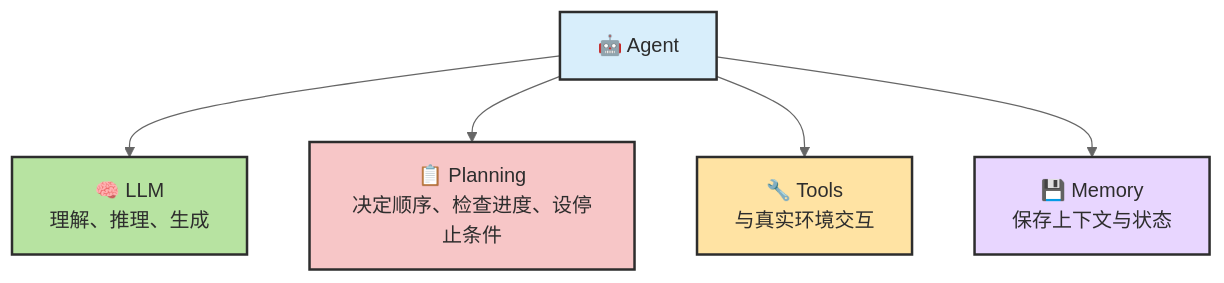
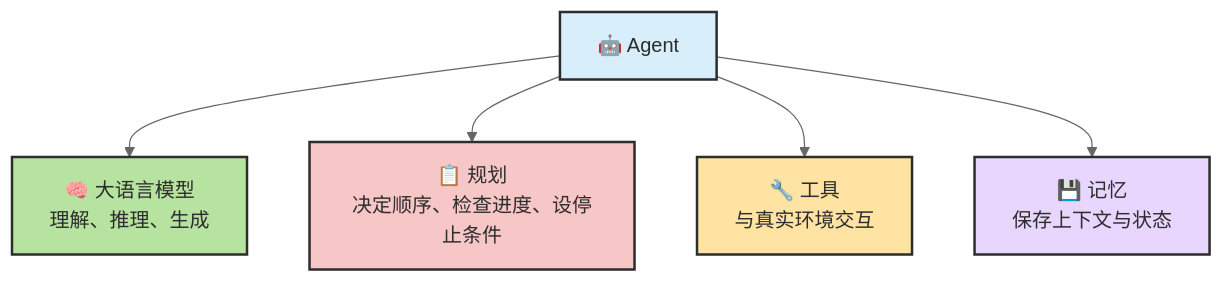
The first of 4 diagrams in docs/chapters/ch08-agent-formula.md (zht043/AgenticCodingTutorial), drawn with Mermaid (neutral theme) before and after one commit. The commit also changed other lines of this file and 24 other files, not shown here.

````diff
--- a/docs/chapters/ch08-agent-formula.md
+++ b/docs/chapters/ch08-agent-formula.md
@@ -218,13 +57,13 @@
 ```mermaid
 flowchart TB
     classDef center fill:#d8eefb,stroke:#2d2d2d,stroke-width:2px,color:#2d2d2d
     classDef llm fill:#b7e3a1,stroke:#2d2d2d,stroke-width:2px,color:#2d2d2d
     classDef plan fill:#f7c6c7,stroke:#2d2d2d,stroke-width:2px,color:#2d2d2d
     classDef tool fill:#ffe3a3,stroke:#2d2d2d,stroke-width:2px,color:#2d2d2d
     classDef mem fill:#e8d6ff,stroke:#2d2d2d,stroke-width:2px,color:#2d2d2d
 
-    A["🤖 Agent"]:::center --> L["🧠 LLM<br/>理解、推理、生成"]:::llm
-    A --> P["📋 Planning<br/>决定顺序、检查进度、设停止条件"]:::plan
-    A --> T["🔧 Tools<br/>与真实环境交互"]:::tool
-    A --> M["💾 Memory<br/>保存上下文与状态"]:::mem
+    A["🤖 Agent"]:::center --> L["🧠 大语言模型<br/>理解、推理、生成"]:::llm
+    A --> P["📋 规划<br/>决定顺序、检查进度、设停止条件"]:::plan
+    A --> T["🔧 工具<br/>与真实环境交互"]:::tool
+    A --> M["💾 记忆<br/>保存上下文与状态"]:::mem
 ```
````
